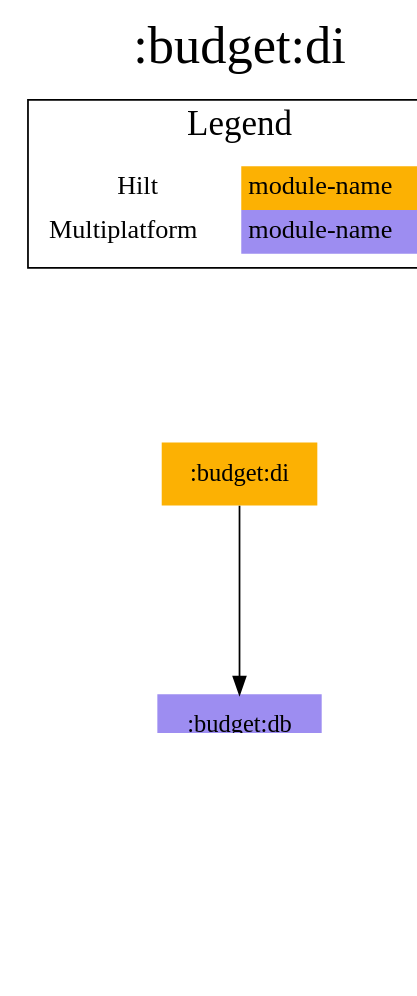
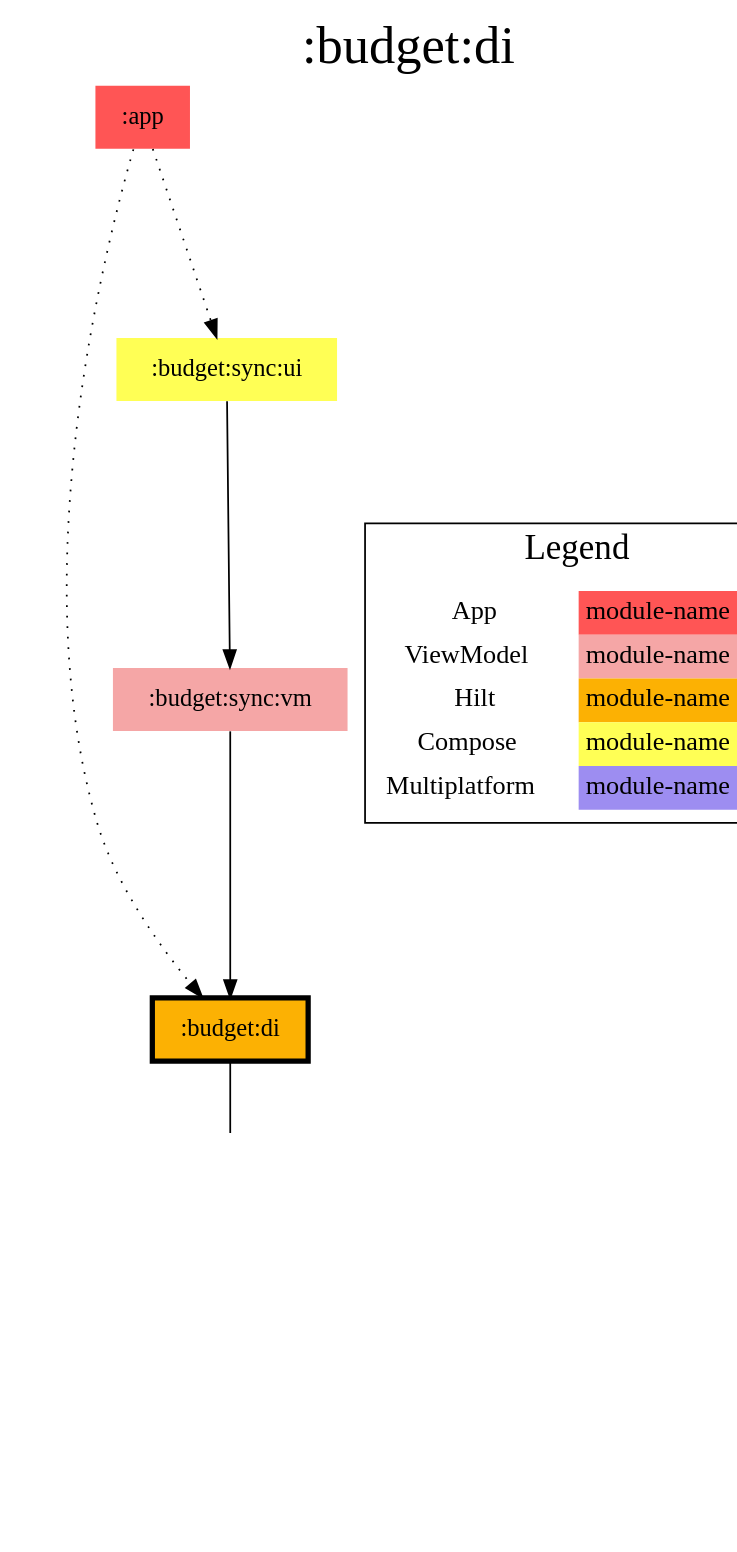
The diagram in modules/budget/di/modules.dot (jonapoul/aktual), drawn with Graphviz before and after one commit. The commit also changed 134 other files, not shown here.

Commit message:
Use gradle caching for module diagrams

```diff
--- a/modules/budget/di/modules.dot
+++ b/modules/budget/di/modules.dot
@@ -1,27 +1,37 @@
 digraph {
 edge ["dir"="forward"]
 graph ["dpi"="100","label"=":budget:di","labelloc"="t","fontsize"="30","ranksep"="1.5","rankdir"="TB"]
 node ["style"="filled"]
+":app" ["fillcolor"="#FF5555","shape"="none"]
 ":budget:db" ["fillcolor"="#9D8DF1","shape"="none"]
-":budget:di" ["fillcolor"="#FCB103","shape"="none"]
+":budget:di" ["fillcolor"="#FCB103","color"="black","penwidth"="3","shape"="box"]
 ":budget:model" ["fillcolor"="#9D8DF1","shape"="none"]
+":budget:sync:ui" ["fillcolor"="#FFFF55","shape"="none"]
+":budget:sync:vm" ["fillcolor"="#F5A6A6","shape"="none"]
 ":core:model" ["fillcolor"="#9D8DF1","shape"="none"]
 {
 edge ["dir"="none"]
 graph ["rank"="same"]
 ":budget:di"
 }
+":app" -> ":budget:di" ["style"="dotted"]
+":app" -> ":budget:sync:ui" ["style"="dotted"]
 ":budget:db" -> ":budget:model"
 ":budget:db" -> ":core:model"
 ":budget:di" -> ":budget:db"
+":budget:sync:ui" -> ":budget:sync:vm"
+":budget:sync:vm" -> ":budget:di"
 subgraph "cluster_legend" {
 edge ["dir"="none"]
 graph ["label"="Legend","fontsize"="20"]
 "Legend" ["style"="filled","fillcolor"="#FFFFFF","shape"="none","margin"="0","fontsize"="15","label"=<
 <TABLE BORDER="0" CELLBORDER="0" CELLSPACING="0" CELLPADDING="4">
+<TR><TD>App</TD><TD BGCOLOR="#FF5555">module-name</TD></TR>
+<TR><TD>ViewModel</TD><TD BGCOLOR="#F5A6A6">module-name</TD></TR>
 <TR><TD>Hilt</TD><TD BGCOLOR="#FCB103">module-name</TD></TR>
+<TR><TD>Compose</TD><TD BGCOLOR="#FFFF55">module-name</TD></TR>
 <TR><TD>Multiplatform</TD><TD BGCOLOR="#9D8DF1">module-name</TD></TR>
 </TABLE>
 >]
 } -> ":budget:di" ["style"="invis"]
 }
```
